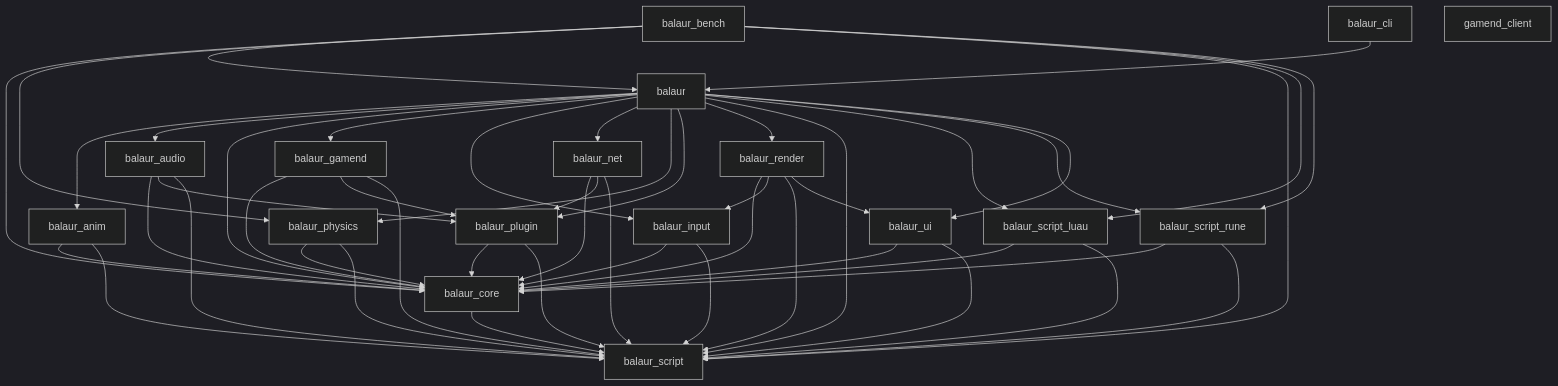
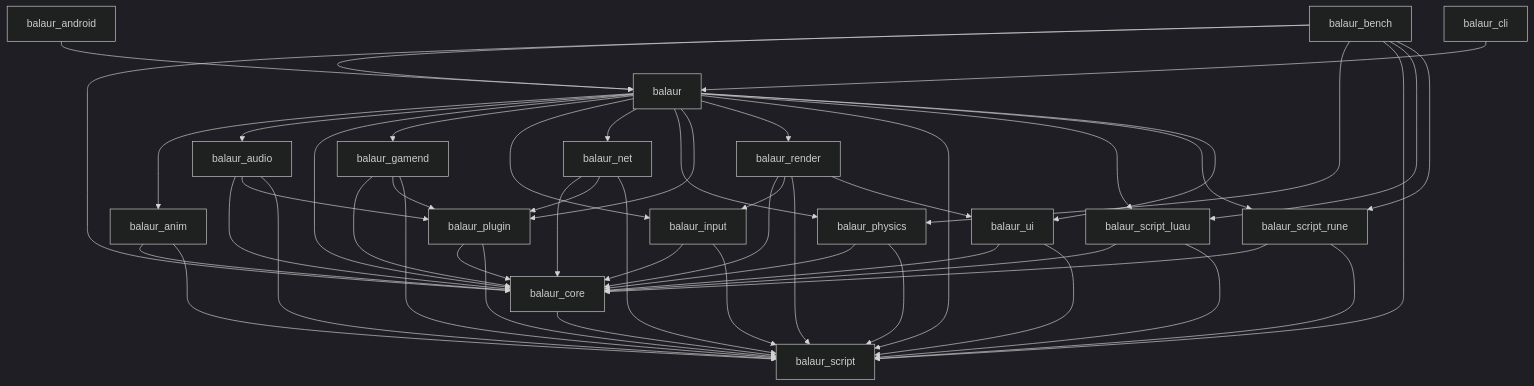
One commit to balaurengine/balaur changed the diagram in docs/generated/crate-graph.md. Above: the diagram before and after it, drawn with Mermaid (dark theme). The commit also changed 20 other files, not shown here.

````diff
--- a/docs/generated/crate-graph.md
+++ b/docs/generated/crate-graph.md
@@ -8,68 +8,69 @@
 ```mermaid
 graph TD
   balaur[balaur]
+  balaur_android[balaur_android]
   balaur_anim[balaur_anim]
   balaur_audio[balaur_audio]
   balaur_bench[balaur_bench]
   balaur_cli[balaur_cli]
   balaur_core[balaur_core]
   balaur_gamend[balaur_gamend]
   balaur_input[balaur_input]
   balaur_net[balaur_net]
   balaur_physics[balaur_physics]
   balaur_plugin[balaur_plugin]
   balaur_render[balaur_render]
   balaur_script[balaur_script]
   balaur_script_luau[balaur_script_luau]
   balaur_script_rune[balaur_script_rune]
   balaur_ui[balaur_ui]
-  gamend_client[gamend_client]
   balaur --> balaur_anim
   balaur --> balaur_audio
   balaur --> balaur_core
   balaur --> balaur_gamend
   balaur --> balaur_input
   balaur --> balaur_net
   balaur --> balaur_physics
   balaur --> balaur_plugin
   balaur --> balaur_render
   balaur --> balaur_script
   balaur --> balaur_script_luau
   balaur --> balaur_script_rune
   balaur --> balaur_ui
+  balaur_android --> balaur
   balaur_anim --> balaur_core
   balaur_anim --> balaur_script
   balaur_audio --> balaur_core
   balaur_audio --> balaur_plugin
   balaur_audio --> balaur_script
   balaur_bench --> balaur
   balaur_bench --> balaur_core
   balaur_bench --> balaur_physics
   balaur_bench --> balaur_script
   balaur_bench --> balaur_script_luau
   balaur_bench --> balaur_script_rune
   balaur_cli --> balaur
   balaur_core --> balaur_script
   balaur_gamend --> balaur_core
   balaur_gamend --> balaur_plugin
   balaur_gamend --> balaur_script
   balaur_input --> balaur_core
   balaur_input --> balaur_script
   balaur_net --> balaur_core
   balaur_net --> balaur_plugin
   balaur_net --> balaur_script
   balaur_physics --> balaur_core
   balaur_physics --> balaur_script
   balaur_plugin --> balaur_core
   balaur_plugin --> balaur_script
   balaur_render --> balaur_core
   balaur_render --> balaur_input
   balaur_render --> balaur_script
   balaur_render --> balaur_ui
   balaur_script_luau --> balaur_core
   balaur_script_luau --> balaur_script
   balaur_script_rune --> balaur_core
   balaur_script_rune --> balaur_script
   balaur_ui --> balaur_core
   balaur_ui --> balaur_script
 ```
````
